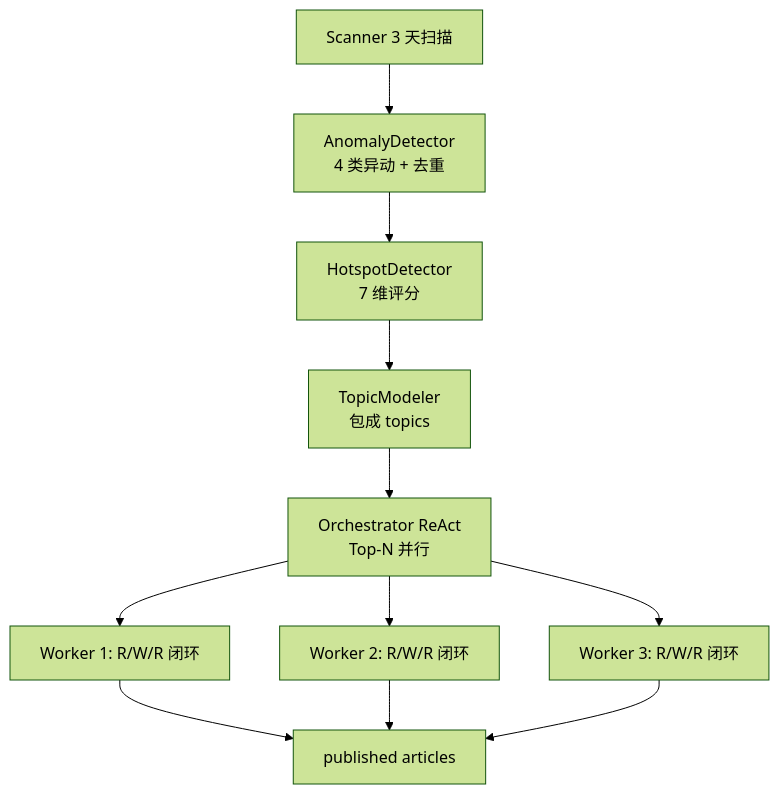
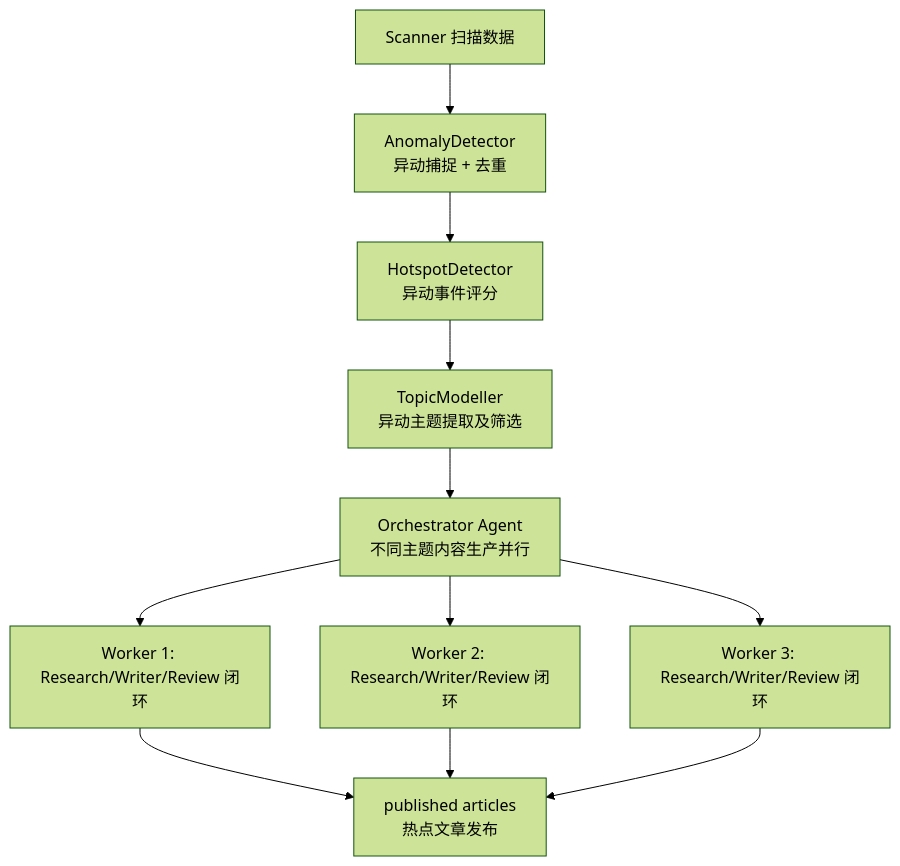
The first of 5 diagrams in README.md (Haruhi07/FinanceAgent), drawn with Mermaid (forest theme) before and after one commit. The commit also changed other lines of this file and 3 other files, not shown here.

````diff
--- a/README.md
+++ b/README.md
@@ -80,13 +54,13 @@
 ```mermaid
 flowchart TB
-    A[Scanner 3 天扫描] --> B[AnomalyDetector<br/>4 类异动 + 去重]
-    B --> C[HotspotDetector<br/>7 维评分]
-    C --> D[TopicModeler<br/>包成 topics]
-    D --> E[Orchestrator ReAct<br/>Top-N 并行]
-    E --> F1[Worker 1: R/W/R 闭环]
-    E --> F2[Worker 2: R/W/R 闭环]
-    E --> F3[Worker 3: R/W/R 闭环]
-    F1 --> G[published articles]
+    A[Scanner 扫描数据] --> B[AnomalyDetector<br/>异动捕捉 + 去重]
+    B --> C[HotspotDetector<br/>异动事件评分]
+    C --> D[TopicModeller<br/>异动主题提取及筛选]
+    D --> E[Orchestrator Agent<br/>不同主题内容生产并行]
+    E --> F1[Worker 1: Research/Writer/Review 闭环]
+    E --> F2[Worker 2: Research/Writer/Review 闭环]
+    E --> F3[Worker 3: Research/Writer/Review 闭环]
+    F1 --> G[published articles<br/>热点文章发布]
     F2 --> G
     F3 --> G
 ```
````
